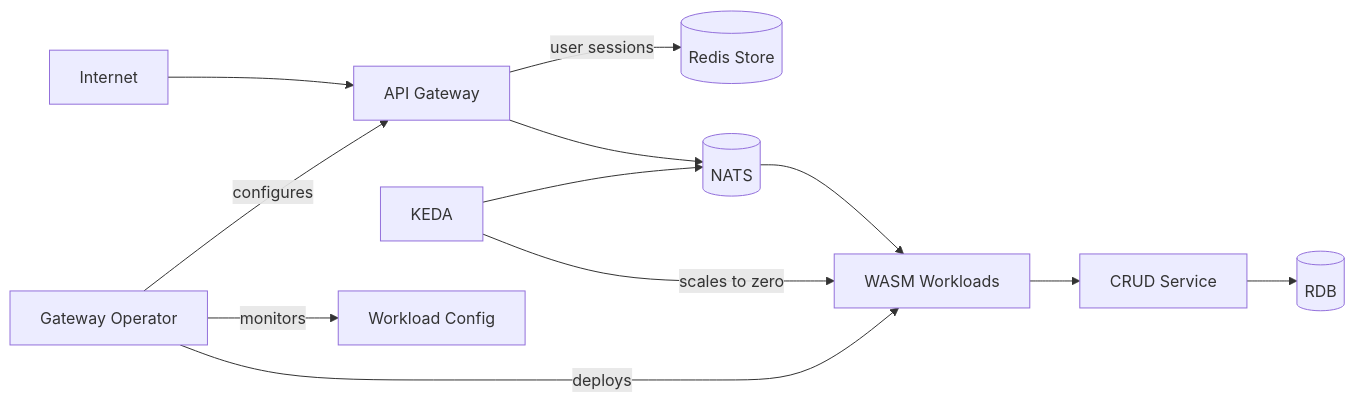
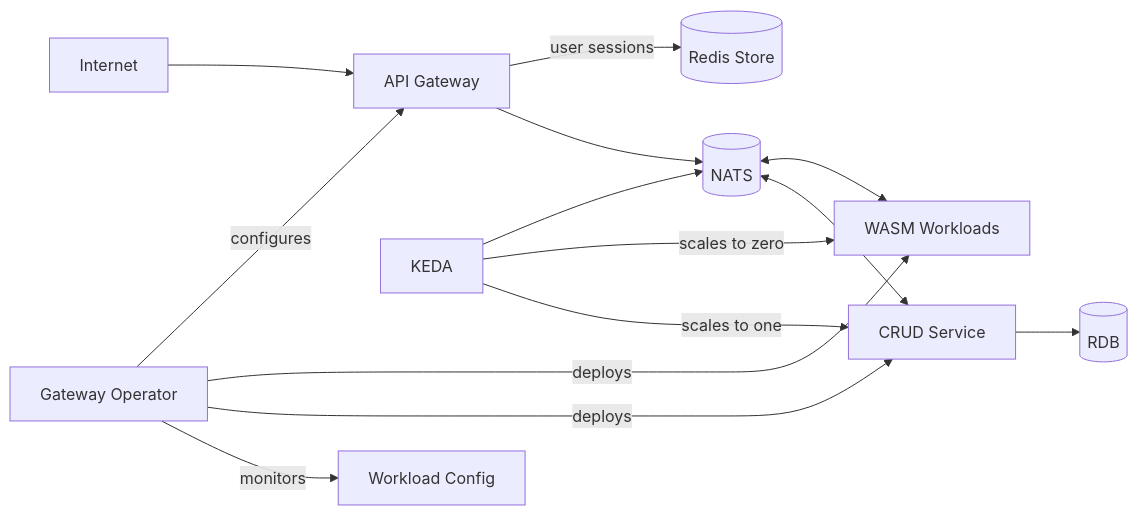
The diagram in README.md (benjamin-wright/wasm-stream), drawn with Mermaid before and after one commit.

````diff
--- a/README.md
+++ b/README.md
@@ -6,25 +6,27 @@
 ```mermaid
 graph LR;
   internet["Internet"]
   api["API Gateway"]
   operator["Gateway Operator"]
   redis[(Redis Store)]
   nats[(NATS)]
   worker["WASM Workloads"]
   keda["KEDA"]
   config["Workload Config"]
   crud["CRUD Service"]
   rdb[(RDB)]
 
   internet-->api
   api--"user sessions"-->redis
   api-->nats
-  nats-->worker
+  nats<-->worker
   keda-->nats
   keda--"scales to zero"-->worker
+  keda--"scales to one"-->crud
   operator--configures-->api
   operator--deploys-->worker
+  operator--deploys-->crud
   operator--monitors-->config
-  worker-->crud
+  nats<-->crud
   crud-->rdb
 ```
````
